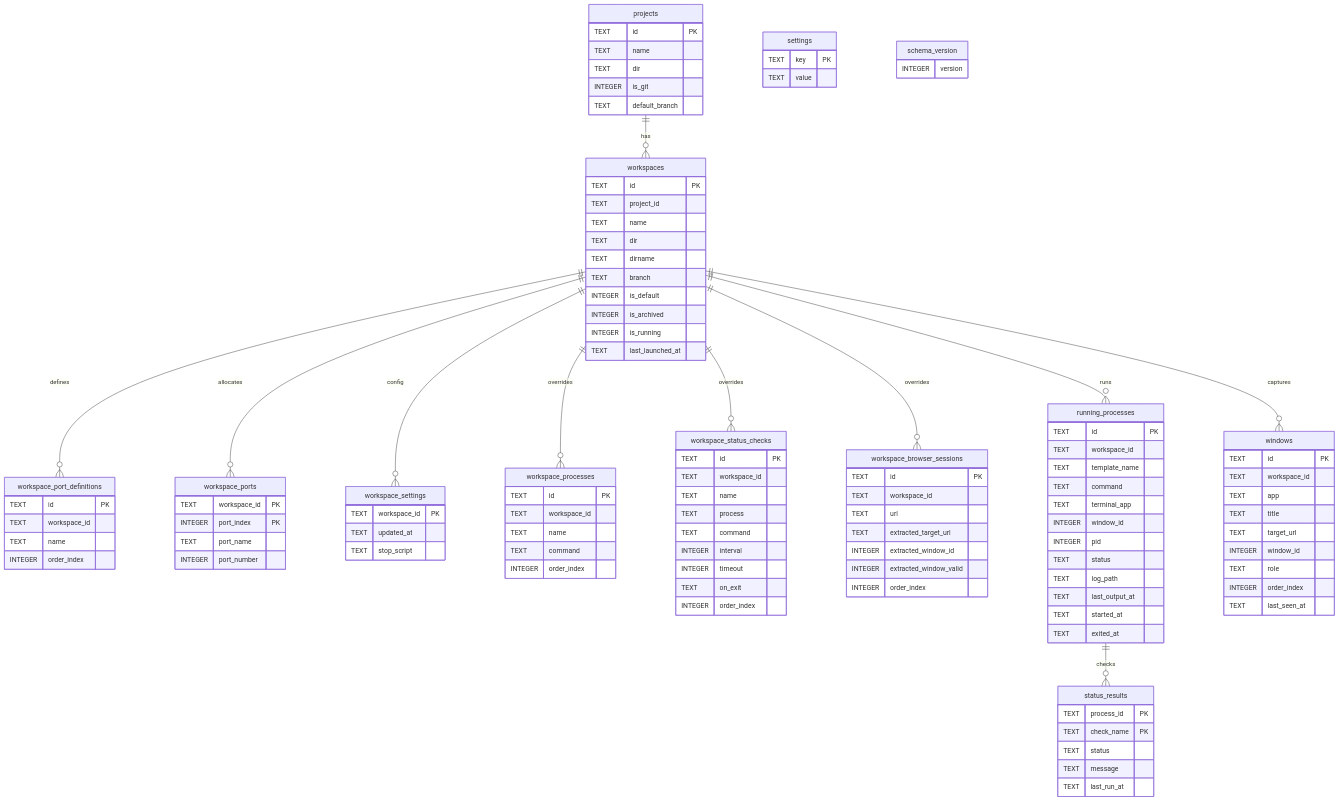
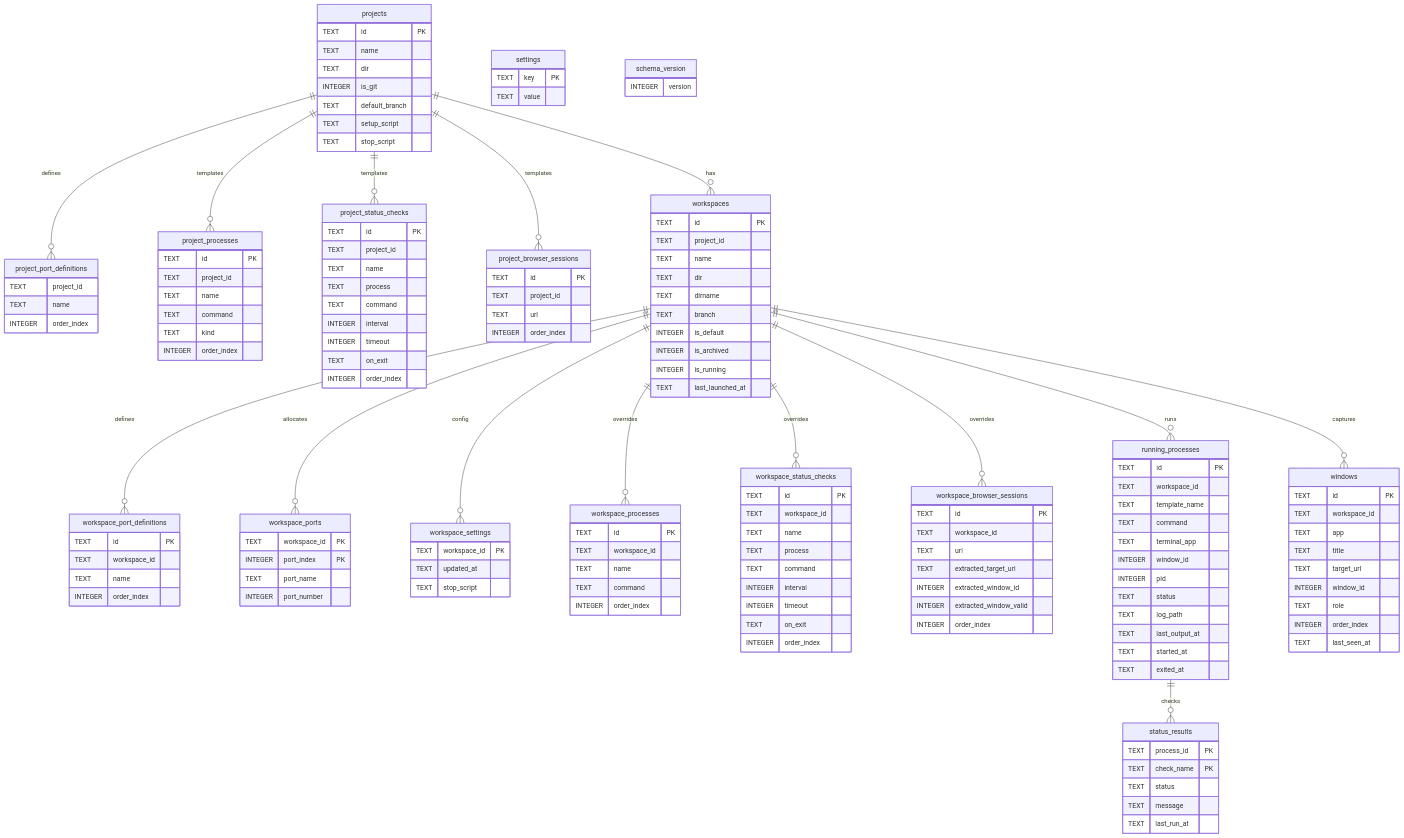
Before and after one commit to yogesh-dhande/spaces: the second of 5 diagrams in apps/macos/docs/architecture.md, drawn with Mermaid. The commit also changed other lines of this file and 17 other files, not shown here.

````diff
--- a/apps/macos/docs/architecture.md
+++ b/apps/macos/docs/architecture.md
@@ -88,5 +92,9 @@
 ```mermaid
 erDiagram
+  projects ||--o{ project_port_definitions : defines
+  projects ||--o{ project_processes : templates
+  projects ||--o{ project_status_checks : templates
+  projects ||--o{ project_browser_sessions : templates
   projects ||--o{ workspaces : has
   workspaces ||--o{ workspace_port_definitions : defines
   workspaces ||--o{ workspace_ports : allocates
@@ -104,6 +112,42 @@
     TEXT dir
     INTEGER is_git
     TEXT default_branch
+    TEXT setup_script
+    TEXT stop_script
+  }
+
+  project_port_definitions {
+    TEXT project_id
+    TEXT name
+    INTEGER order_index
+  }
+
+  project_processes {
+    TEXT id PK
+    TEXT project_id
+    TEXT name
+    TEXT command
+    TEXT kind
+    INTEGER order_index
+  }
+
+  project_status_checks {
+    TEXT id PK
+    TEXT project_id
+    TEXT name
+    TEXT process
+    TEXT command
+    INTEGER interval
+    INTEGER timeout
+    TEXT on_exit
+    INTEGER order_index
+  }
+
+  project_browser_sessions {
+    TEXT id PK
+    TEXT project_id
+    TEXT url
+    INTEGER order_index
   }
 
   workspaces {
````
